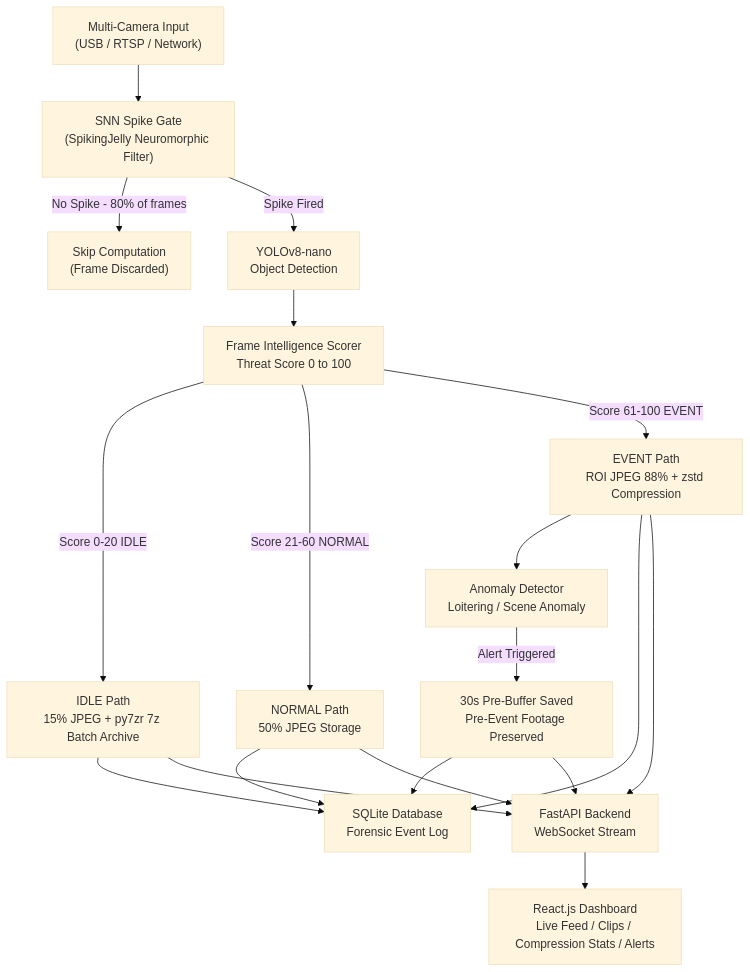
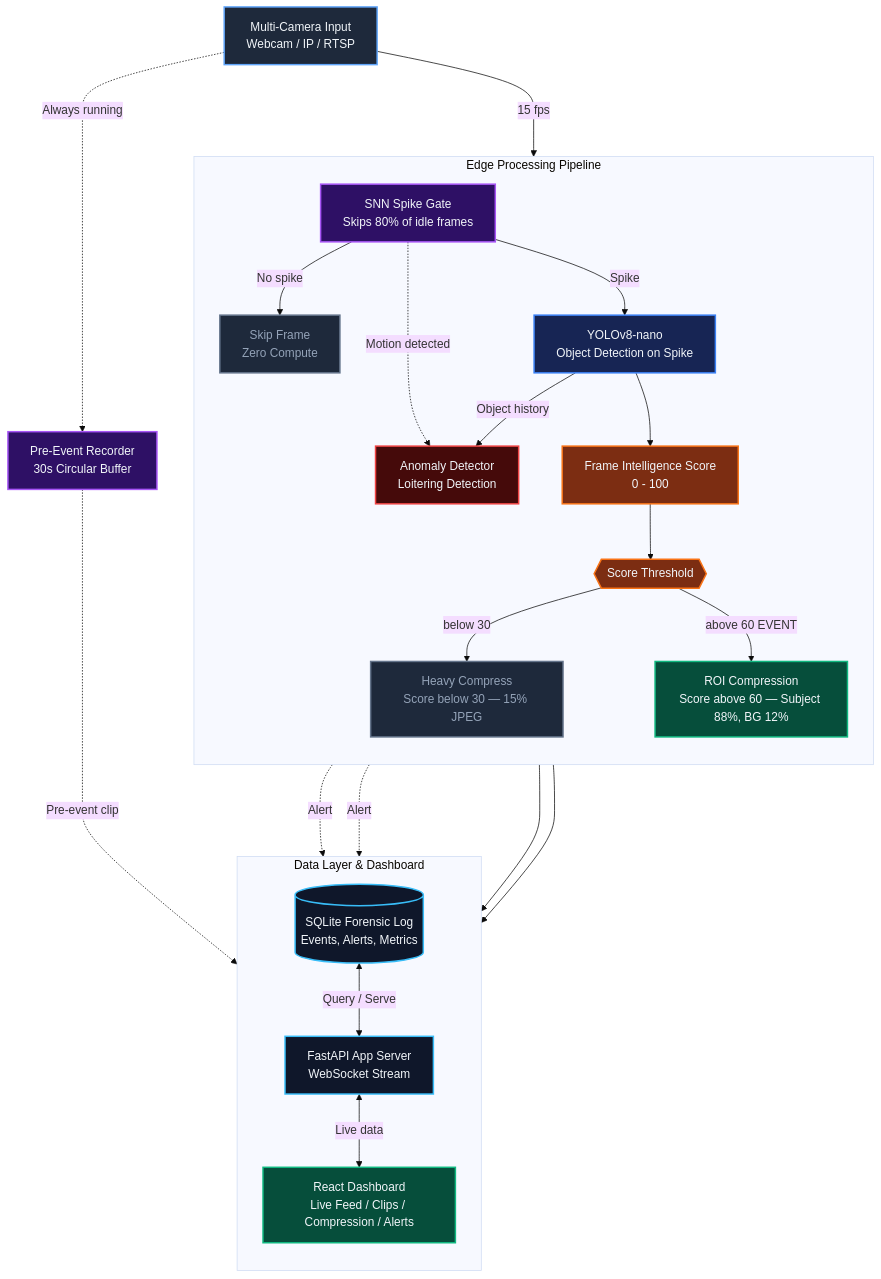
The diagram in README.md (dPurvesh/Team_Spectrum), drawn with Mermaid (base theme) before and after one commit. The commit also changed other lines of this file, not shown here.

Commit message:
docs: final README — clean Mermaid architecture, remove Rules to Remember, user-approved content

````diff
--- a/README.md
+++ b/README.md
@@ -46,24 +30,58 @@
 ```mermaid
 flowchart TD
-    A["Multi-Camera Input\n(USB / RTSP / Network)"] --> B["SNN Spike Gate\n(SpikingJelly Neuromorphic Filter)"]
+    classDef cam    fill:#1e293b,stroke:#60a5fa,stroke-width:2px,color:#f1f5f9
+    classDef snn    fill:#2e1065,stroke:#a855f7,stroke-width:2px,color:#f1f5f9
+    classDef yolo   fill:#172554,stroke:#3b82f6,stroke-width:2px,color:#f1f5f9
+    classDef score  fill:#7c2d12,stroke:#f97316,stroke-width:2px,color:#f1f5f9
+    classDef skip   fill:#1e293b,stroke:#64748b,stroke-width:2px,color:#94a3b8
+    classDef alert  fill:#450a0a,stroke:#ef4444,stroke-width:2px,color:#f1f5f9
+    classDef compress fill:#064e3b,stroke:#10b981,stroke-width:2px,color:#f1f5f9
+    classDef infra  fill:#0f172a,stroke:#38bdf8,stroke-width:2px,color:#f1f5f9
 
-    B -->|No Spike - 80% of frames| C["Skip Computation\n(Frame Discarded)"]
+    CAM["Multi-Camera Input\nWebcam / IP / RTSP"]:::cam
 
-    B -->|Spike Fired| D["YOLOv8-nano\nObject Detection"]
+    subgraph EDGE ["Edge Processing Pipeline"]
+        direction TB
+        SNN["SNN Spike Gate\nSkips 80% of idle frames"]:::snn
+        YOLO["YOLOv8-nano\nObject Detection on Spike"]:::yolo
+        SCORE["Frame Intelligence Score\n0 - 100"]:::score
+        DEC{{"Score Threshold"}}:::score
+        HEAVY["Heavy Compress\nScore below 30 — 15% JPEG"]:::skip
+        ROI["ROI Compression\nScore above 60 — Subject 88%, BG 12%"]:::compress
+        SKIP["Skip Frame\nZero Compute"]:::skip
+        ANOM["Anomaly Detector\nLoitering Detection"]:::alert
+    end
 
-    D --> E["Frame Intelligence Scorer\nThreat Score 0 to 100"]
+    PREBUF["Pre-Event Recorder\n30s Circular Buffer"]:::snn
 
-    E -->|Score 0-20 IDLE| F1["IDLE Path\n15% JPEG + py7zr 7z Batch Archive"]
-    E -->|Score 21-60 NORMAL| F2["NORMAL Path\n50% JPEG Storage"]
-    E -->|Score 61-100 EVENT| F3["EVENT Path\nROI JPEG 88% + zstd Compression"]
+    subgraph SERVE ["Data Layer & Dashboard"]
+        direction TB
+        DB[("SQLite Forensic Log\nEvents, Alerts, Metrics")]:::infra
+        API["FastAPI App Server\nWebSocket Stream"]:::infra
+        DASH["React Dashboard\nLive Feed / Clips / Compression / Alerts"]:::compress
+    end
 
-    F3 --> G["Anomaly Detector\nLoitering / Scene Anomaly"]
-    G -->|Alert Triggered| H["30s Pre-Buffer Saved\nPre-Event Footage Preserved"]
+    CAM -->|"15 fps"| SNN
+    CAM -..->|"Always running"| PREBUF
 
-    F1 & F2 & F3 --> I["SQLite Database\nForensic Event Log"]
-    F1 & F2 & F3 --> J["FastAPI Backend\nWebSocket Stream"]
-    H --> I
-    H --> J
+    SNN -->|"No spike"| SKIP
+    SNN -->|"Spike"| YOLO
+    SNN -..->|"Motion detected"| ANOM
 
-    J --> K["React.js Dashboard\nLive Feed / Clips / Compression Stats / Alerts"]
+    YOLO -->|"Object history"| ANOM
+    YOLO --> SCORE
+    SCORE --> DEC
+
+    DEC -->|"below 30"| HEAVY
+    DEC -->|"above 60 EVENT"| ROI
+
+    PREBUF -..->|"Pre-event clip"| DB
+    ANOM -..->|"Alert"| DB
+    ANOM -..->|"Alert"| API
+
+    ROI --> API
+    HEAVY --> API
+
+    DB <-->|"Query / Serve"| API
+    API <-->|"Live data"| DASH
 ```
````
